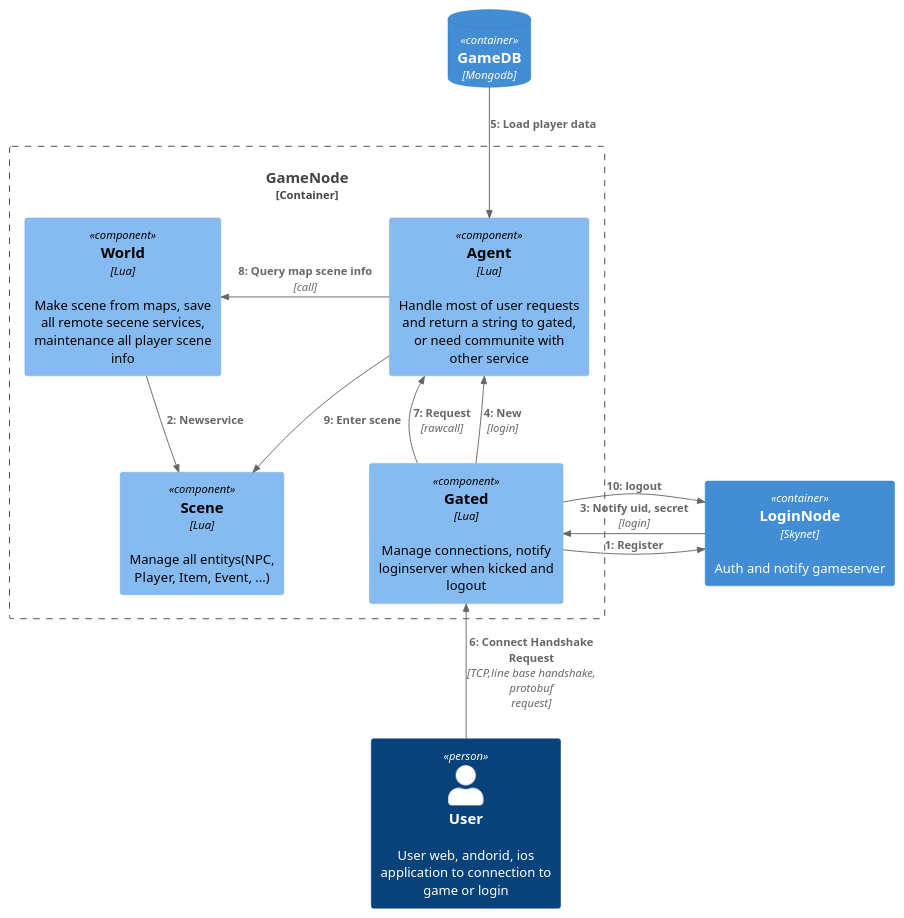
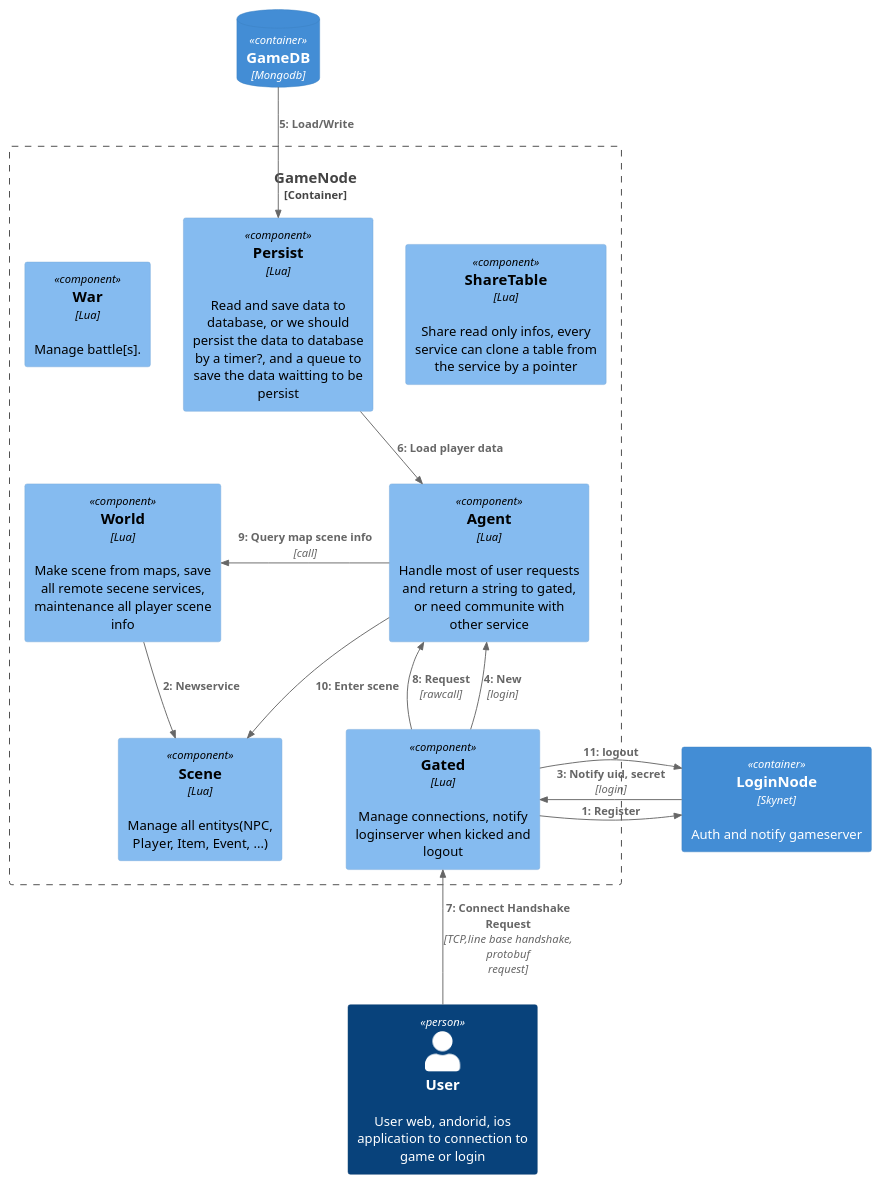
One commit to Gowa2017/skynetgame changed the diagram in docs/gamenode.puml. Above: the diagram before and after it, drawn with PlantUML. The commit also changed 5 other files, not shown here.

```diff
--- a/docs/gamenode.puml
+++ b/docs/gamenode.puml
@@ -1,26 +1,30 @@
 @startuml GameNode
-skinparam DefaultFontName WenQuanYi Zen Hei
-skinparam DefaultMonospacedFontName UbuntuMono-R
+' skinparam DefaultFontName WenQuanYi Zen Hei
+' skinparam DefaultMonospacedFontName UbuntuMono-R
 !include C4_Component.puml
 !include C4_Dynamic.puml
 Person(user, "User","User web, andorid, ios application to connection to game or login")
 ContainerDb(gameDb, "GameDB", "Mongodb")
 Container(loginServer, "LoginNode", "Skynet","Auth and notify gameserver")
 Container_Boundary(gameServer, "GameNode"){
     Component(gated, "Gated", "Lua","Manage connections, notify loginserver when kicked and logout")
     Component(agent, "Agent", "Lua","Handle most of user requests and return a string to gated, or need communite with other service")
     Component(world, "World", "Lua","Make scene from maps, save all remote secene services, maintenance all player scene info")
     Component(scene, "Scene", "Lua","Manage all entitys(NPC, Player, Item, Event, ...)")
+    Component(share, "ShareTable", "Lua","Share read only infos, every service can clone a table from the service by a pointer")
+    Component(persist, "Persist", "Lua","Read and save data to database, or we should persist the data to database by a timer?, and a queue to save the data waitting to be persist")
+    Component(war, "War", "Lua","Manage battle[s].")
 }
 
 Rel_R(gated,loginServer,"Register")
 Rel(world,scene,"Newservice")
 Rel_L(loginServer, gated,"Notify uid, secret","login")
 Rel_U(gated, agent,"New","login")
-Rel_D(gameDb, agent,"Load player data")
+Rel_D(gameDb, persist,"Load/Write")
+Rel_D(persist, agent,"Load player data")
 Rel_U(user, gated,"Connect Handshake Request","TCP,line base handshake, protobuf request")
 Rel_U(gated, agent,"Request","rawcall")
 Rel_L(agent,world,"Query map scene info","call")
 Rel_D(agent,scene,"Enter scene")
 Rel_Neighbor(gated,loginServer,"logout")
 @enduml
```
